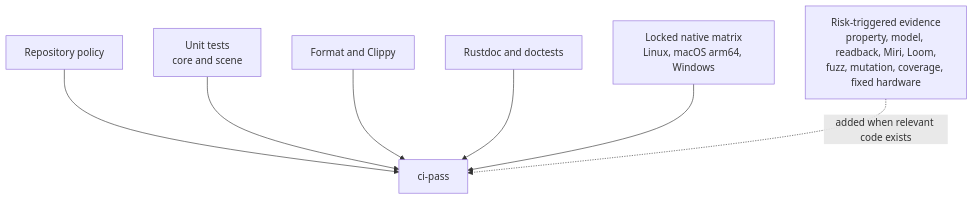
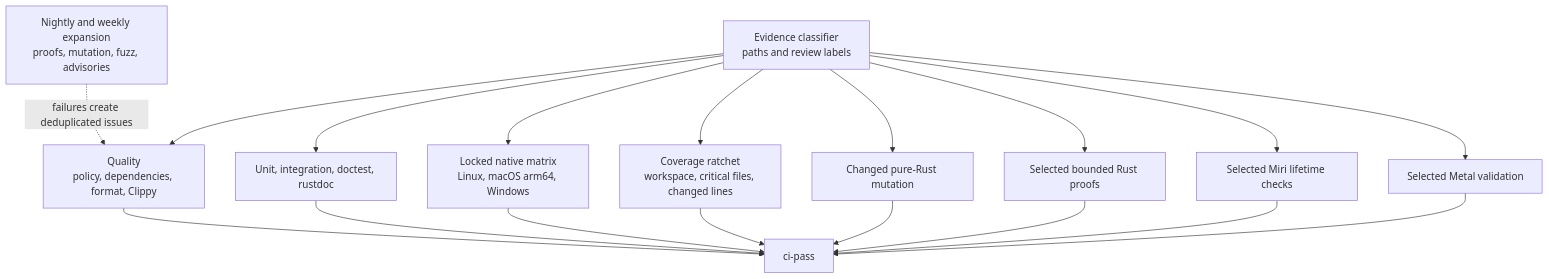
The seventh of 7 diagrams in ARCHITECTURE.md (dbuddha/alpine-gpui), drawn with Mermaid before and after one commit. The commit also changed other lines of this file and 34 other files, not shown here.

````diff
--- a/ARCHITECTURE.md
+++ b/ARCHITECTURE.md
@@ -176,17 +185,32 @@
 ```mermaid
 flowchart TB
-    policy["Repository policy"]
-    unit["Unit tests<br/>core and scene"]
-    lint["Format and Clippy"]
-    docs["Rustdoc and doctests"]
+    classify["Evidence classifier<br/>paths and review labels"]
+    policy["Quality<br/>policy, dependencies, format, Clippy"]
+    unit["Unit, integration, doctest, rustdoc"]
     native["Locked native matrix<br/>Linux, macOS arm64, Windows"]
+    coverage["Coverage ratchet<br/>workspace, critical files, changed lines"]
+    mutation["Changed pure-Rust mutation"]
+    kani["Selected bounded Rust proofs"]
+    miri["Selected Miri lifetime checks"]
+    metal["Selected Metal validation"]
     aggregate["ci-pass"]
-    risk["Risk-triggered evidence<br/>property, model, readback, Miri, Loom,<br/>fuzz, mutation, coverage, fixed hardware"]
+    scheduled["Nightly and weekly expansion<br/>proofs, mutation, fuzz, advisories"]
 
+    classify --> policy
+    classify --> unit
+    classify --> native
+    classify --> coverage
+    classify --> mutation
+    classify --> kani
+    classify --> miri
+    classify --> metal
     policy --> aggregate
     unit --> aggregate
-    lint --> aggregate
-    docs --> aggregate
     native --> aggregate
-    risk -. "added when relevant code exists" .-> aggregate
+    coverage --> aggregate
+    mutation --> aggregate
+    kani --> aggregate
+    miri --> aggregate
+    metal --> aggregate
+    scheduled -. "failures create deduplicated issues" .-> policy
 ```
````
